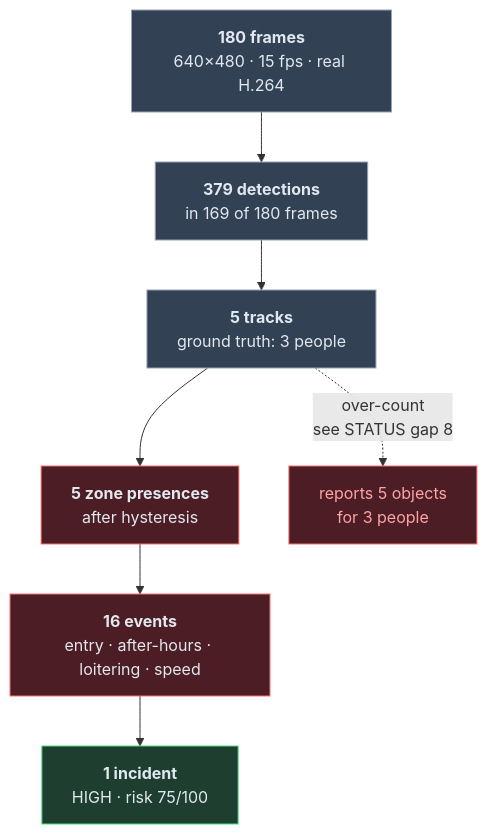
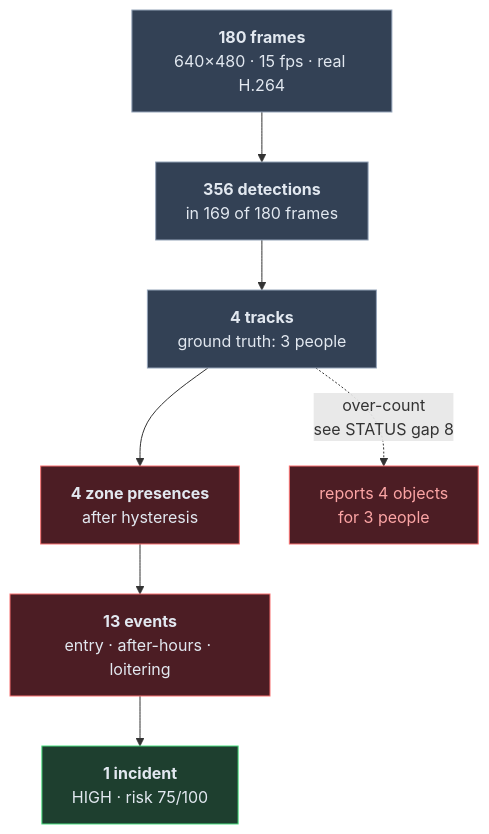
The third of 16 diagrams in docs/OVERVIEW.md (haidar-farhat/V.I.G.I.L._Vision_Intelligence_and_Geospatial_ncident_Layer), drawn with Mermaid before and after one commit. The commit also changed other lines of this file and 8 other files, not shown here.

````diff
--- a/docs/OVERVIEW.md
+++ b/docs/OVERVIEW.md
@@ -107,18 +107,18 @@
 ```mermaid
 flowchart TD
-    A["<b>180 frames</b><br/>640×480 · 15 fps · real H.264"] --> B["<b>379 detections</b><br/>in 169 of 180 frames"]
-    B --> C["<b>5 tracks</b><br/>ground truth: 3 people"]
-    C --> D["<b>5 zone presences</b><br/>after hysteresis"]
-    D --> E["<b>16 events</b><br/>entry · after-hours · loitering · speed"]
+    A["<b>180 frames</b><br/>640×480 · 15 fps · real H.264"] --> B["<b>356 detections</b><br/>in 169 of 180 frames"]
+    B --> C["<b>4 tracks</b><br/>ground truth: 3 people"]
+    C --> D["<b>4 zone presences</b><br/>after hysteresis"]
+    D --> E["<b>13 events</b><br/>entry · after-hours · loitering"]
     E --> F["<b>1 incident</b><br/>HIGH · risk 75/100"]
 
-    C -.->|"over-count<br/>see STATUS gap 8"| C2["reports 5 objects<br/>for 3 people"]
+    C -.->|"over-count<br/>see STATUS gap 8"| C2["reports 4 objects<br/>for 3 people"]
 
     style A fill:#334155,stroke:#94a3b8,color:#e2e8f0
     style B fill:#334155,stroke:#94a3b8,color:#e2e8f0
     style C fill:#334155,stroke:#94a3b8,color:#e2e8f0
     style D fill:#4c1d24,stroke:#f87171,color:#e2e8f0
     style E fill:#4c1d24,stroke:#f87171,color:#e2e8f0
     style F fill:#1e3f2f,stroke:#4ade80,color:#e2e8f0
     style C2 fill:#4c1d24,stroke:#f87171,color:#fca5a5
 ```
````
